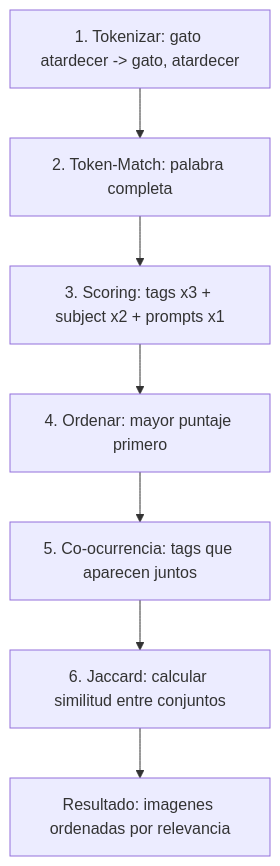
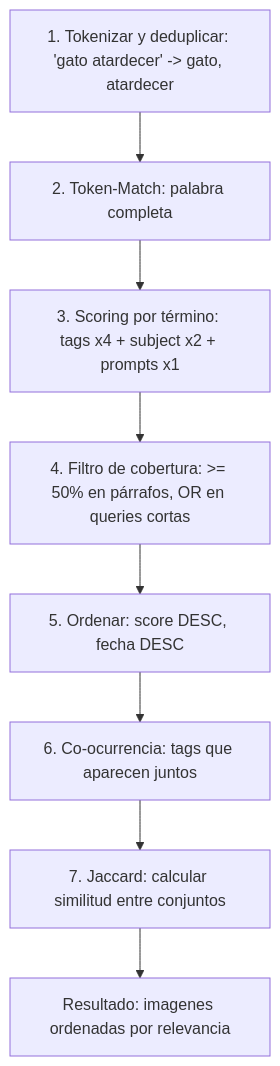
The ninth of 9 diagrams in docs/VORAEL_GUIA_COMPLETA.md (epimient/Buscador_grafos), drawn with Mermaid before and after one commit. The commit also changed other lines of this file and 10 other files, not shown here.

First line of the commit message:
feat: generador de dataset sintético + búsqueda por cobertura en párrafos

````diff
--- a/docs/VORAEL_GUIA_COMPLETA.md
+++ b/docs/VORAEL_GUIA_COMPLETA.md
@@ -508,9 +529,10 @@
 ```mermaid
 flowchart TD
-    A["1. Tokenizar: gato atardecer -> gato, atardecer"] --> B["2. Token-Match: palabra completa"]
-    B --> C["3. Scoring: tags x3 + subject x2 + prompts x1"]
-    C --> D["4. Ordenar: mayor puntaje primero"]
-    D --> E["5. Co-ocurrencia: tags que aparecen juntos"]
-    E --> F["6. Jaccard: calcular similitud entre conjuntos"]
-    F --> G["Resultado: imagenes ordenadas por relevancia"]
+    A["1. Tokenizar y deduplicar: 'gato atardecer' -> gato, atardecer"] --> B["2. Token-Match: palabra completa"]
+    B --> C["3. Scoring por término: tags x4 + subject x2 + prompts x1"]
+    C --> D["4. Filtro de cobertura: >= 50% en párrafos, OR en queries cortas"]
+    D --> E["5. Ordenar: score DESC, fecha DESC"]
+    E --> F["6. Co-ocurrencia: tags que aparecen juntos"]
+    F --> G["7. Jaccard: calcular similitud entre conjuntos"]
+    G --> H["Resultado: imagenes ordenadas por relevancia"]
 ```
````
